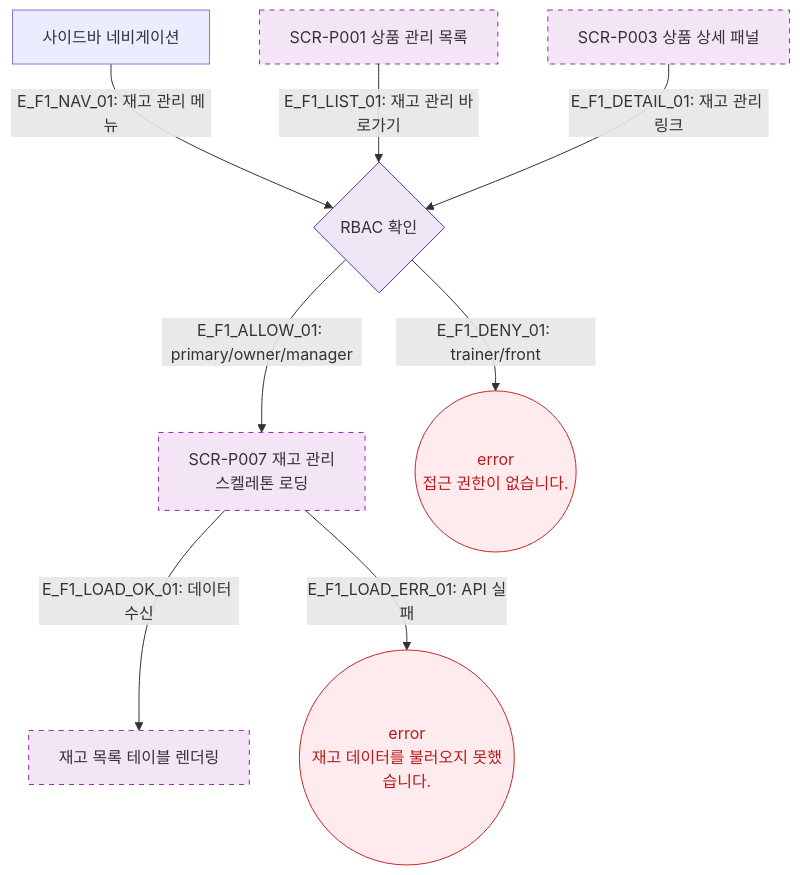
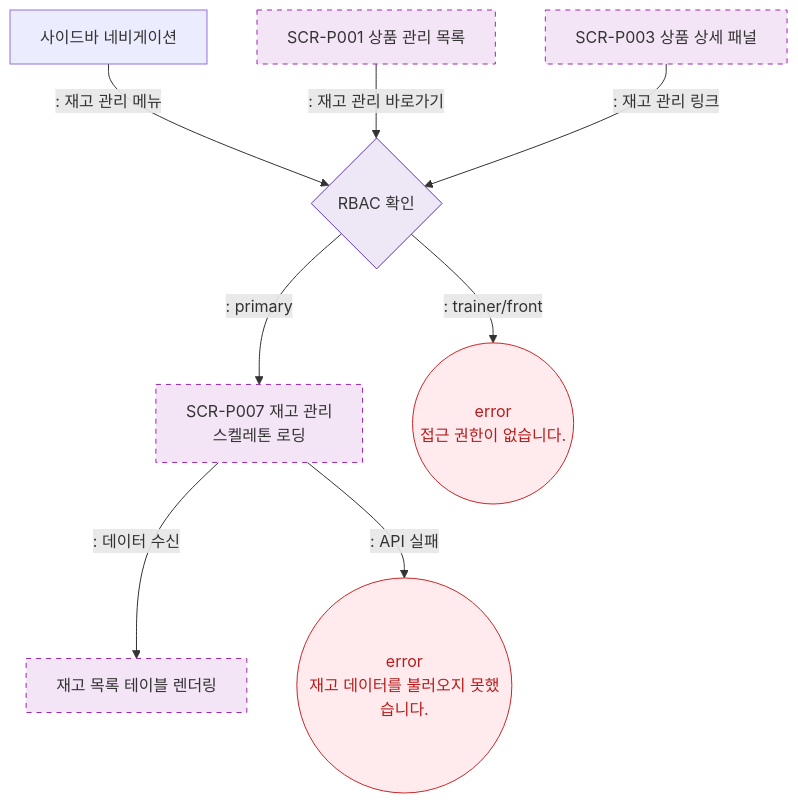
The diagram in docs/다이어그램/D05_상품관리/SCR-P007_재고관리/F1_진입플로우.md (dev-spogym/admin-pando), drawn with Mermaid before and after one commit. The commit also changed other lines of this file and 1660 other files, not shown here.

First line of the commit message:
다이어그램: 기획자/클라이언트 납품본으로 정리

````diff
--- a/docs/다이어그램/D05_상품관리/SCR-P007_재고관리/F1_진입플로우.md
+++ b/docs/다이어그램/D05_상품관리/SCR-P007_재고관리/F1_진입플로우.md
@@ -24,25 +22,25 @@
 ```mermaid
 flowchart TD
     SCR_P001[SCR-P001 상품 관리 목록]
     SCR_P003[SCR-P003 상품 상세 패널]
     NAV[사이드바 네비게이션]
 
-    NAV -->|"E_F1_NAV_01: 재고 관리 메뉴"| RoleCheck{RBAC 확인}
-    SCR_P001 -->|"E_F1_LIST_01: 재고 관리 바로가기"| RoleCheck
-    SCR_P003 -->|"E_F1_DETAIL_01: 재고 관리 링크"| RoleCheck
+    NAV -->|": 재고 관리 메뉴"|RoleCheck{RBAC 확인}
+    SCR_P001 -->|": 재고 관리 바로가기"|RoleCheck
+    SCR_P003 -->|": 재고 관리 링크"|RoleCheck
 
-    RoleCheck -->|"E_F1_ALLOW_01: primary/owner/manager"| SCR_P007[SCR-P007 재고 관리\n스켈레톤 로딩]
-    RoleCheck -->|"E_F1_DENY_01: trainer/front"| AccessDenied((error\n접근 권한이 없습니다.))
+    RoleCheck -->|": primary"|SCR_P007[SCR-P007 재고 관리\n스켈레톤 로딩]
+    RoleCheck -->|": trainer/front"|AccessDenied((error\n접근 권한이 없습니다.))
 
-    SCR_P007 -->|"E_F1_LOAD_OK_01: 데이터 수신"| StockReady[재고 목록 테이블 렌더링]
-    SCR_P007 -->|"E_F1_LOAD_ERR_01: API 실패"| ErrToast((error\n재고 데이터를 불러오지 못했습니다.))
+    SCR_P007 -->|": 데이터 수신"|StockReady[재고 목록 테이블 렌더링]
+    SCR_P007 -->|": API 실패"|ErrToast((error\n재고 데이터를 불러오지 못했습니다.))
 
     classDef screen fill:#F3E5F5,stroke:#9C27B0,stroke-dasharray:5 5
     classDef newFeature fill:#F3E5F5,stroke:#9C27B0,stroke-dasharray:5 5
     classDef error fill:#FFEBEE,stroke:#C62828,color:#B71C1C
     classDef system fill:#EDE7F6,stroke:#5E35B2
     class SCR_P007,StockReady newFeature
     class SCR_P001,SCR_P003 screen
     class AccessDenied,ErrToast error
     class RoleCheck system
 ```
````
